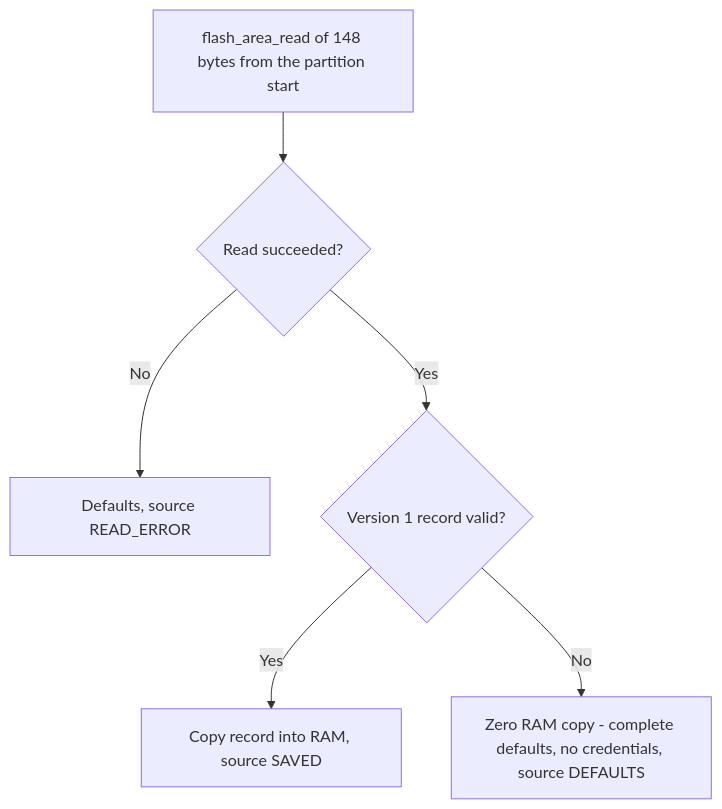
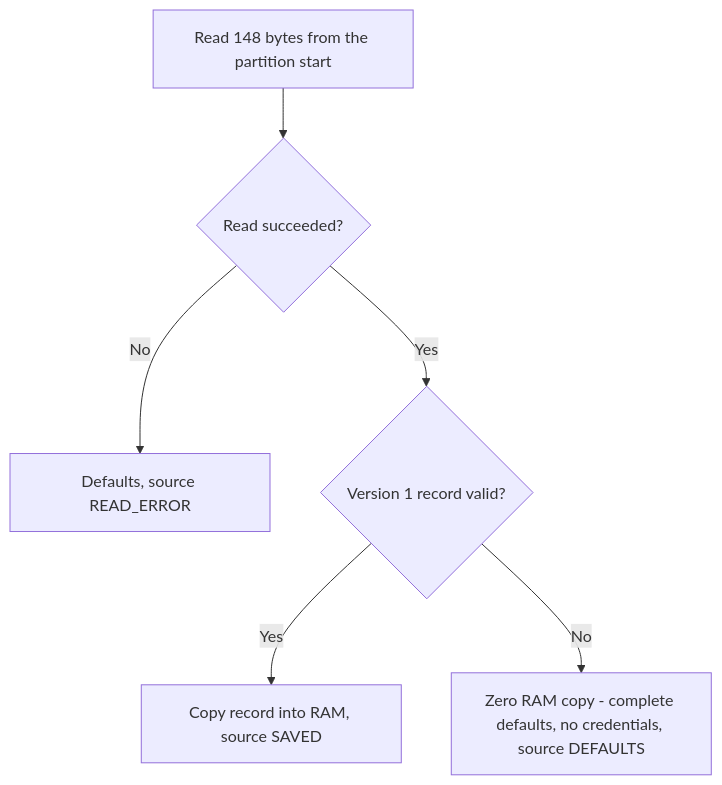
One commit to djwinter29-oss/ESPForge changed the fourth of 6 diagrams in docs/reference/settings.md. Above: the diagram before and after it, drawn with Mermaid. The commit also changed other lines of this file and 78 other files, not shown here.

````diff
--- a/docs/reference/settings.md
+++ b/docs/reference/settings.md
@@ -126,8 +136,8 @@
 ```mermaid
 flowchart TD
-    Read["flash_area_read of 148 bytes from the partition start"] --> Ok{"Read succeeded?"}
+    Read["Read 148 bytes from the partition start"] --> Ok{"Read succeeded?"}
     Ok -->|No| Err["Defaults, source READ_ERROR"]
     Ok -->|Yes| Check{"Version 1 record valid?"}
     Check -->|Yes| Use["Copy record into RAM, source SAVED"]
     Check -->|No| Defaults["Zero RAM copy - complete defaults, no credentials, source DEFAULTS"]
 ```
````
